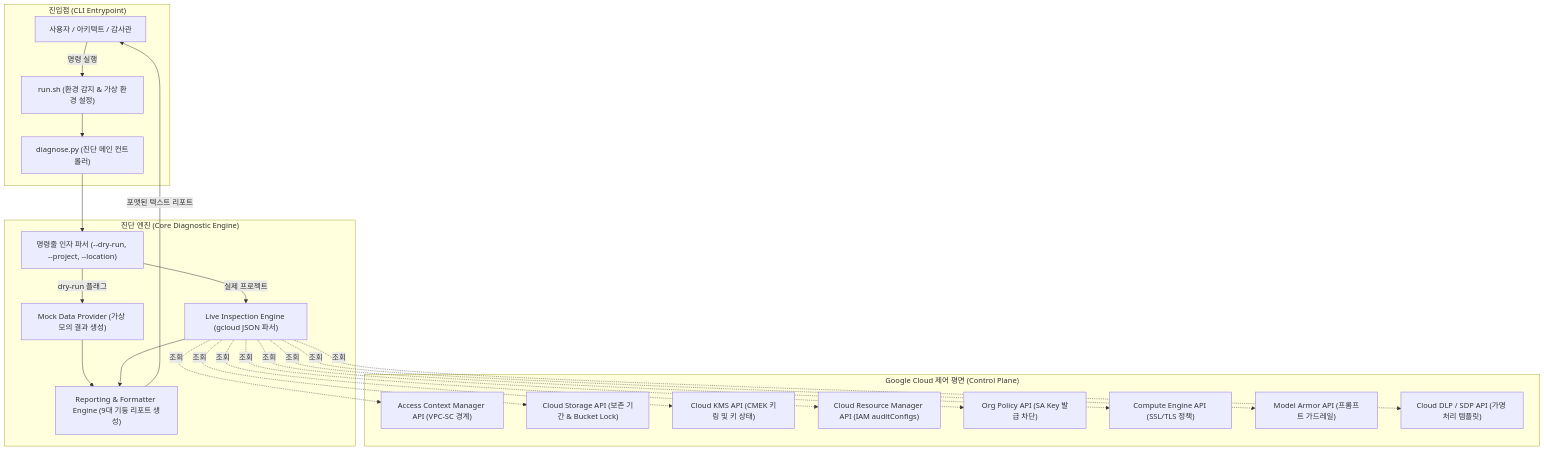
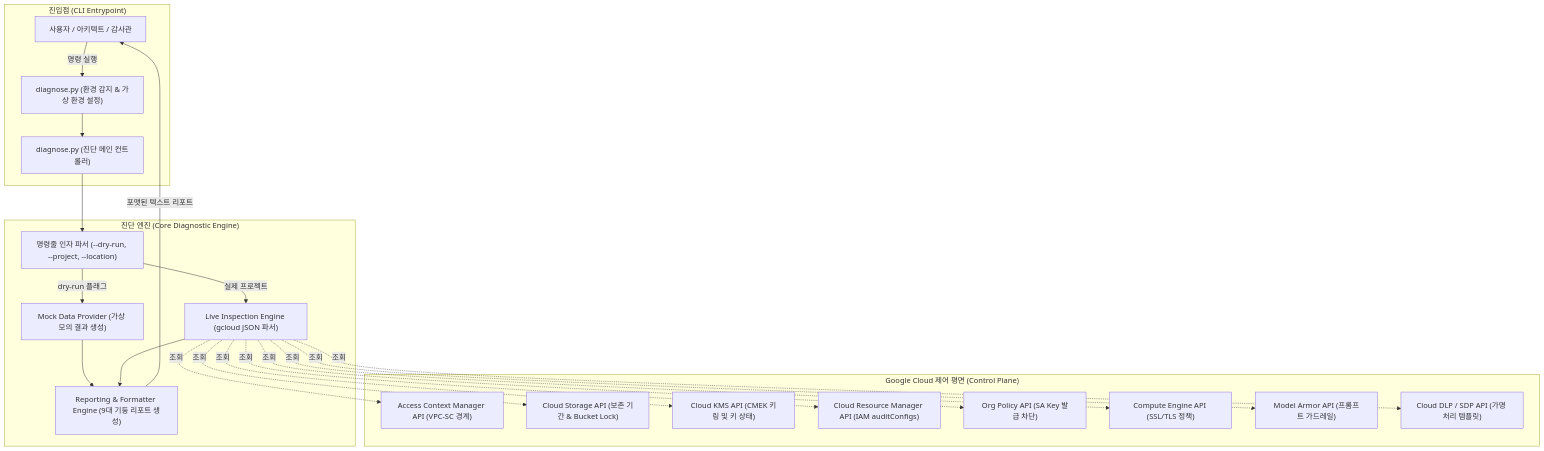
Before and after one commit to jiangjun-forge/google-cloud-0-to-1: the diagram in samples/korea-fsi-regulatory-perimeter-guard/docs/TDD.md, drawn with Mermaid. The commit also changed other lines of this file and 180 other files, not shown here.

````diff
--- a/samples/korea-fsi-regulatory-perimeter-guard/docs/TDD.md
+++ b/samples/korea-fsi-regulatory-perimeter-guard/docs/TDD.md
@@ -33,43 +33,43 @@
 ```mermaid
 flowchart TD
     subgraph CLI_Entry["진입점 (CLI Entrypoint)"]
         User["사용자 / 아키텍트 / 감사관"]
-        RunSh["run.sh (환경 감지 & 가상 환경 설정)"]
+        RunSh["diagnose.py (환경 감지 & 가상 환경 설정)"]
         DiagnosePy["diagnose.py (진단 메인 컨트롤러)"]
     end
 
     subgraph Core_Engine["진단 엔진 (Core Diagnostic Engine)"]
         ArgParser["명령줄 인자 파서 (--dry-run, --project, --location)"]
         MockProvider["Mock Data Provider (가상 모의 결과 생성)"]
         LiveScanner["Live Inspection Engine (gcloud JSON 파서)"]
         Reporter["Reporting & Formatter Engine (9대 기둥 리포트 생성)"]
     end
 
     subgraph GCP_Cloud_APIs["Google Cloud 제어 평면 (Control Plane)"]
         VPC_SC["Access Context Manager API (VPC-SC 경계)"]
         Storage["Cloud Storage API (보존 기간 & Bucket Lock)"]
         KMS["Cloud KMS API (CMEK 키링 및 키 상태)"]
         IAM_Audit["Cloud Resource Manager API (IAM auditConfigs)"]
         Org_Policy["Org Policy API (SA Key 발급 차단)"]
         Compute_SSL["Compute Engine API (SSL/TLS 정책)"]
         Model_Armor["Model Armor API (프롬프트 가드레일)"]
         DLP["Cloud DLP / SDP API (가명 처리 템플릿)"]
     end
 
     User -->|명령 실행| RunSh
     RunSh --> DiagnosePy
     DiagnosePy --> ArgParser
     ArgParser -->|dry-run 플래그| MockProvider
     ArgParser -->|실제 프로젝트| LiveScanner
     LiveScanner -.->|조회| VPC_SC
     LiveScanner -.->|조회| Storage
     LiveScanner -.->|조회| KMS
     LiveScanner -.->|조회| IAM_Audit
     LiveScanner -.->|조회| Org_Policy
     LiveScanner -.->|조회| Compute_SSL
     LiveScanner -.->|조회| Model_Armor
     LiveScanner -.->|조회| DLP
     MockProvider --> Reporter
     LiveScanner --> Reporter
     Reporter -->|포맷된 텍스트 리포트| User
 ```
````
